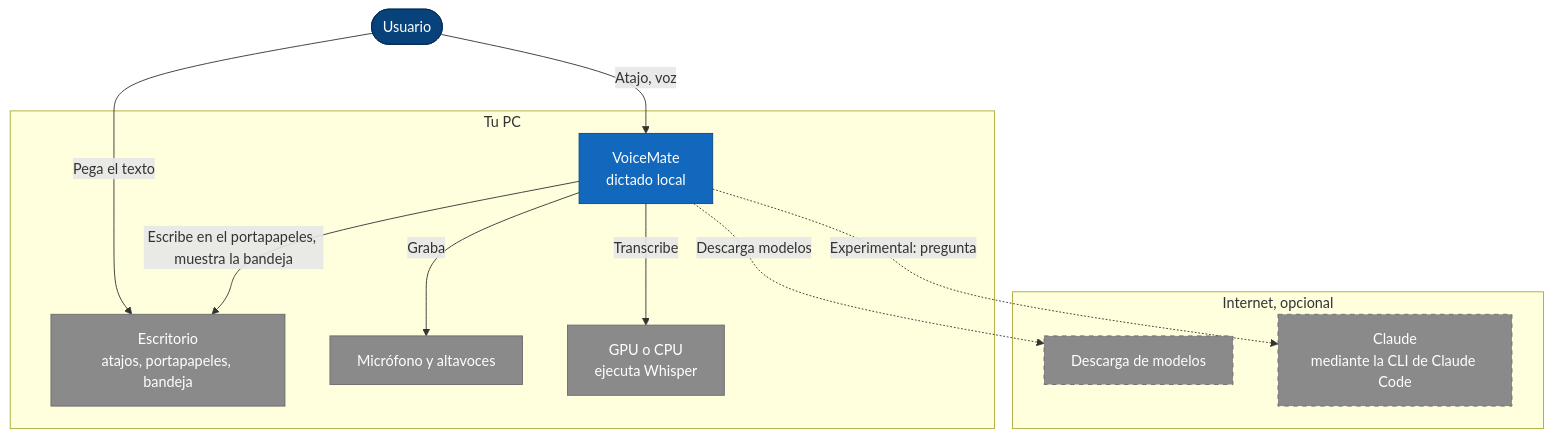
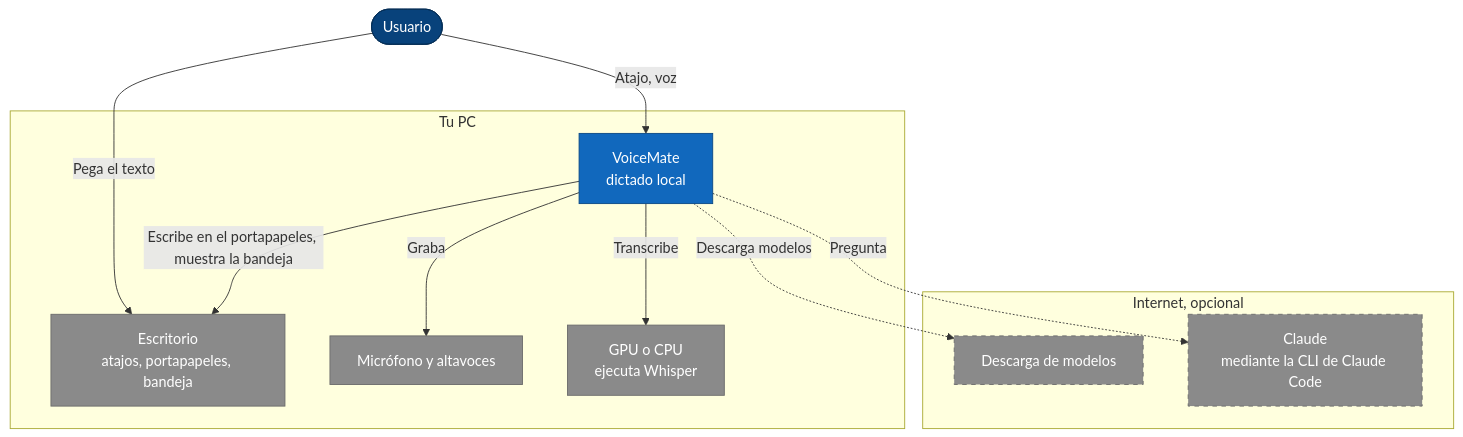
One commit to nano-br/voice-mate changed the first of 6 diagrams in README.es.md. Above: the diagram before and after it, drawn with Mermaid. The commit also changed other lines of this file and 12 other files, not shown here.

````diff
--- a/README.es.md
+++ b/README.es.md
@@ -190,36 +200,36 @@
 ```mermaid
 flowchart TB
     user(["Usuario"])
     subgraph pc["Tu PC"]
         vm["VoiceMate<br/>dictado local"]
         desk["Escritorio<br/>atajos, portapapeles, bandeja"]
         audio["Micrófono y altavoces"]
         gpu["GPU o CPU<br/>ejecuta Whisper"]
     end
     subgraph net["Internet, opcional"]
         hub["Descarga de modelos"]
         claude["Claude<br/>mediante la CLI de Claude Code"]
     end
     user -->|"Atajo, voz"| vm
     user -->|"Pega el texto"| desk
     vm -->|"Escribe en el portapapeles, muestra la bandeja"| desk
     vm -->|"Graba"| audio
     vm -->|"Transcribe"| gpu
     vm -.->|"Descarga modelos"| hub
-    vm -.->|"Experimental: pregunta"| claude
+    vm -.->|"Pregunta"| claude
 
     classDef person fill:#08427b,stroke:#052e56,color:#ffffff
     classDef system fill:#1168bd,stroke:#0b4884,color:#ffffff
     classDef container fill:#438dd5,stroke:#2e6295,color:#ffffff
     classDef component fill:#85bbf0,stroke:#5d82a8,color:#000000
     classDef store fill:#00838f,stroke:#005f66,color:#ffffff
     classDef external fill:#8a8a8a,stroke:#6b6b6b,color:#ffffff
     classDef optional fill:#8a8a8a,stroke:#6b6b6b,color:#ffffff,stroke-dasharray:5 5
     classDef ok fill:#2e7d32,stroke:#1b5e20,color:#ffffff
     classDef warn fill:#f9a825,stroke:#c17900,color:#000000
     classDef bad fill:#c0392b,stroke:#922b21,color:#ffffff
     class user person
     class vm system
     class desk,audio,gpu external
     class hub,claude optional
 ```
````
